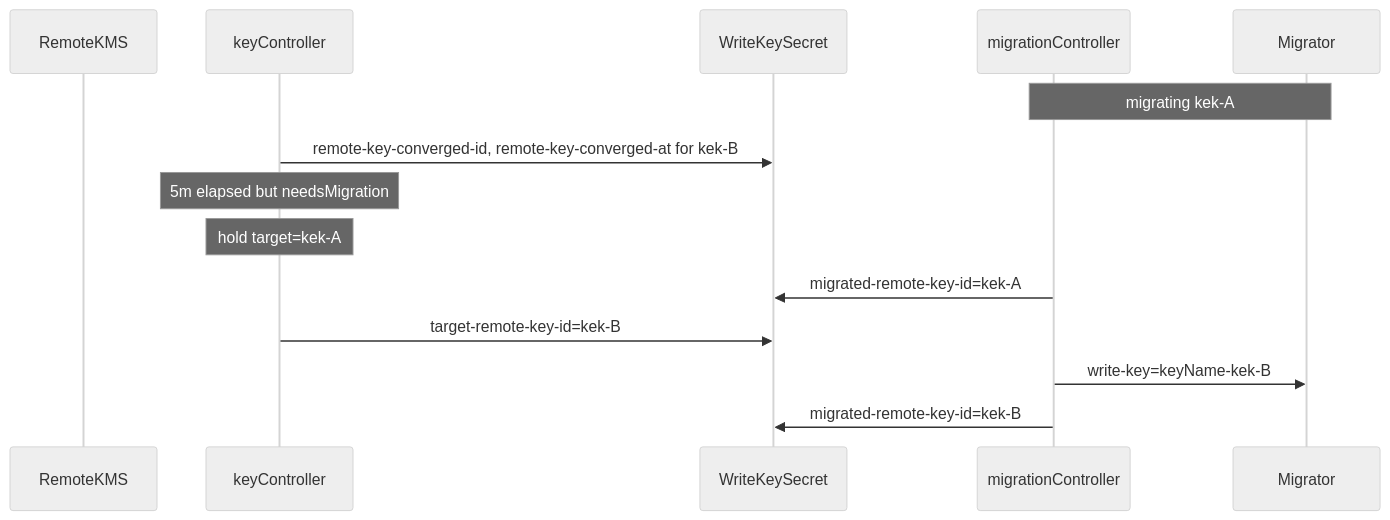
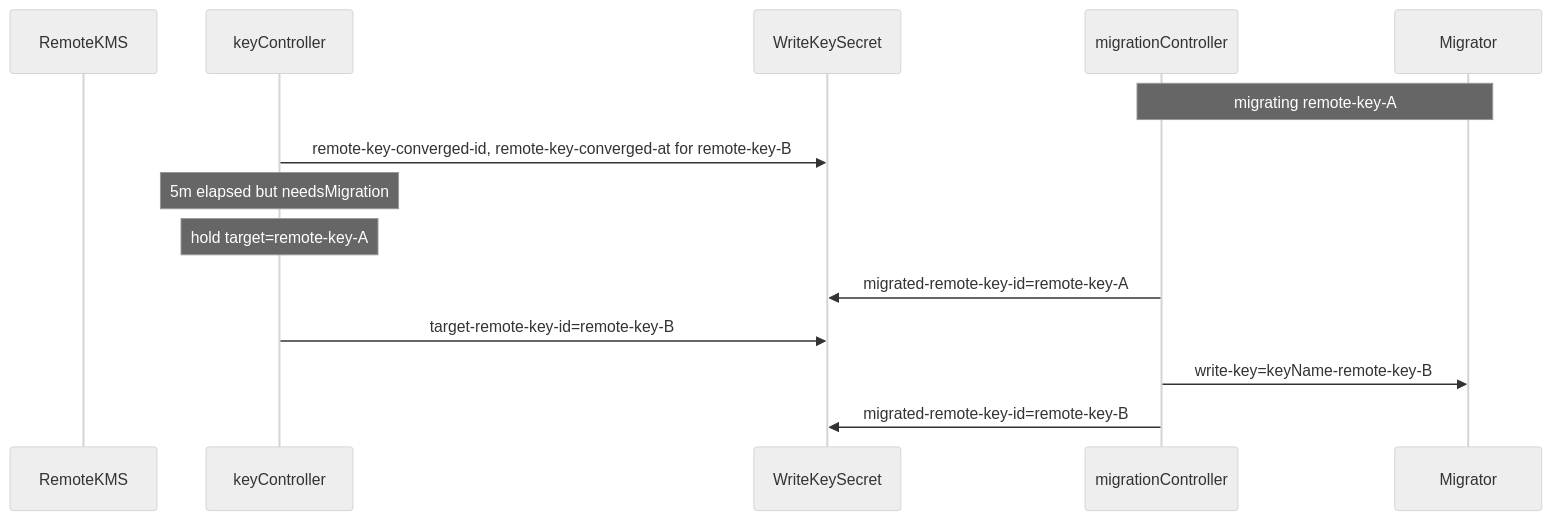
Before and after one commit to openshift/enhancements: the third of 4 diagrams in enhancements/kube-apiserver/kms-encryption-foundations.md, drawn with Mermaid (neutral theme). The commit also changed other lines of this file, not shown here.

````diff
--- a/enhancements/kube-apiserver/kms-encryption-foundations.md
+++ b/enhancements/kube-apiserver/kms-encryption-foundations.md
@@ -590,17 +590,17 @@
 ```mermaid
 sequenceDiagram
     participant KMS as RemoteKMS
     participant KeyCtrl as keyController
     participant Secret as WriteKeySecret
     participant MigCtrl as migrationController
     participant SVM as Migrator
 
-    Note over MigCtrl,SVM: migrating kek-A
-    KeyCtrl->>Secret: remote-key-converged-id, remote-key-converged-at for kek-B
+    Note over MigCtrl,SVM: migrating remote-key-A
+    KeyCtrl->>Secret: remote-key-converged-id, remote-key-converged-at for remote-key-B
     Note over KeyCtrl: 5m elapsed but needsMigration
-    Note over KeyCtrl: hold target=kek-A
-    MigCtrl->>Secret: migrated-remote-key-id=kek-A
-    KeyCtrl->>Secret: target-remote-key-id=kek-B
-    MigCtrl->>SVM: write-key=keyName-kek-B
-    MigCtrl->>Secret: migrated-remote-key-id=kek-B
+    Note over KeyCtrl: hold target=remote-key-A
+    MigCtrl->>Secret: migrated-remote-key-id=remote-key-A
+    KeyCtrl->>Secret: target-remote-key-id=remote-key-B
+    MigCtrl->>SVM: write-key=keyName-remote-key-B
+    MigCtrl->>Secret: migrated-remote-key-id=remote-key-B
 ```
````
